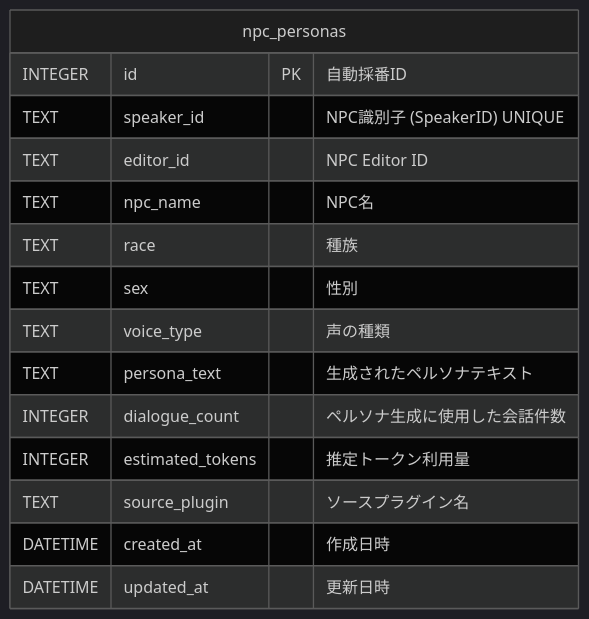
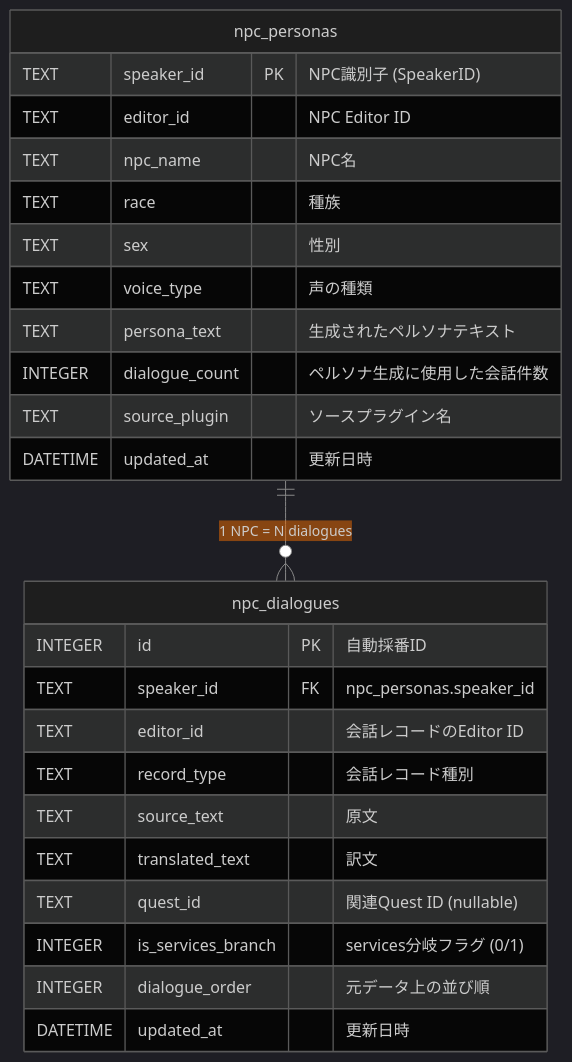
The third of 9 diagrams in openspec/specs/database_erd.md (ishibata91/ai-translation-engine-2), drawn with Mermaid before and after one commit. The commit also changed other lines of this file and 29 other files, not shown here.

````diff
--- a/openspec/specs/database_erd.md
+++ b/openspec/specs/database_erd.md
@@ -117,29 +117,41 @@
 ```mermaid
 %%{init: {'theme': 'dark', 'themeVariables': {
   'primaryColor': '#2b2b2b',
   'primaryTextColor': '#e0e0e0',
   'primaryBorderColor': '#ff9800',
   'lineColor': '#888888',
   'secondaryColor': '#e65100',
   'tertiaryColor': '#ef6c00',
   'mainBkg': '#1e1e1e',
   'nodeBorder': '#5a5a5a'
 }}}%%
 erDiagram
     %% Persona Slice
+    npc_personas ||--o{ npc_dialogues : "1 NPC = N dialogues"
+
     npc_personas {
-        INTEGER id PK "自動採番ID"
-        TEXT speaker_id "NPC識別子 (SpeakerID) UNIQUE"
+        TEXT speaker_id PK "NPC識別子 (SpeakerID)"
         TEXT editor_id "NPC Editor ID"
         TEXT npc_name "NPC名"
         TEXT race "種族"
         TEXT sex "性別"
         TEXT voice_type "声の種類"
         TEXT persona_text "生成されたペルソナテキスト"
         INTEGER dialogue_count "ペルソナ生成に使用した会話件数"
-        INTEGER estimated_tokens "推定トークン利用量"
         TEXT source_plugin "ソースプラグイン名"
-        DATETIME created_at "作成日時"
+        DATETIME updated_at "更新日時"
+    }
+
+    npc_dialogues {
+        INTEGER id PK "自動採番ID"
+        TEXT speaker_id FK "npc_personas.speaker_id"
+        TEXT editor_id "会話レコードのEditor ID"
+        TEXT record_type "会話レコード種別"
+        TEXT source_text "原文"
+        TEXT translated_text "訳文"
+        TEXT quest_id "関連Quest ID (nullable)"
+        INTEGER is_services_branch "services分岐フラグ (0/1)"
+        INTEGER dialogue_order "元データ上の並び順"
         DATETIME updated_at "更新日時"
     }
 ```
````
